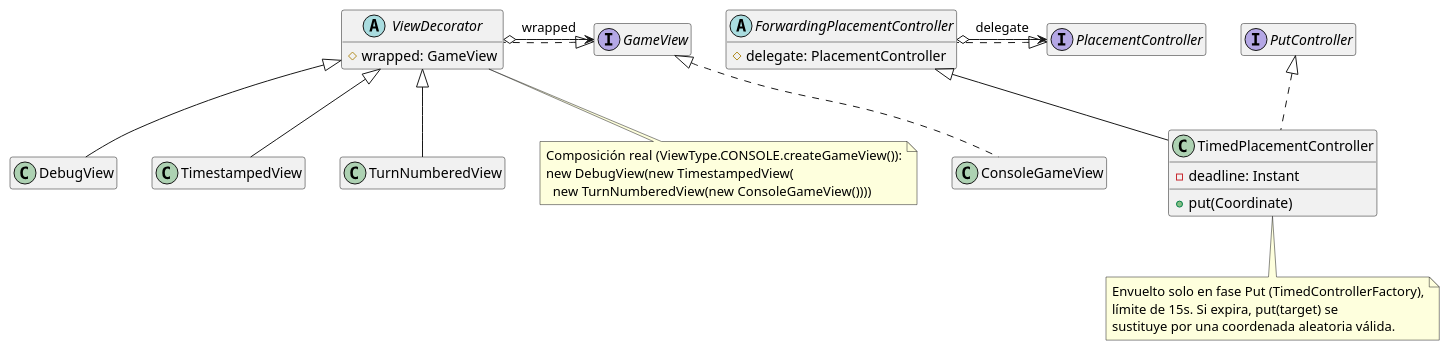
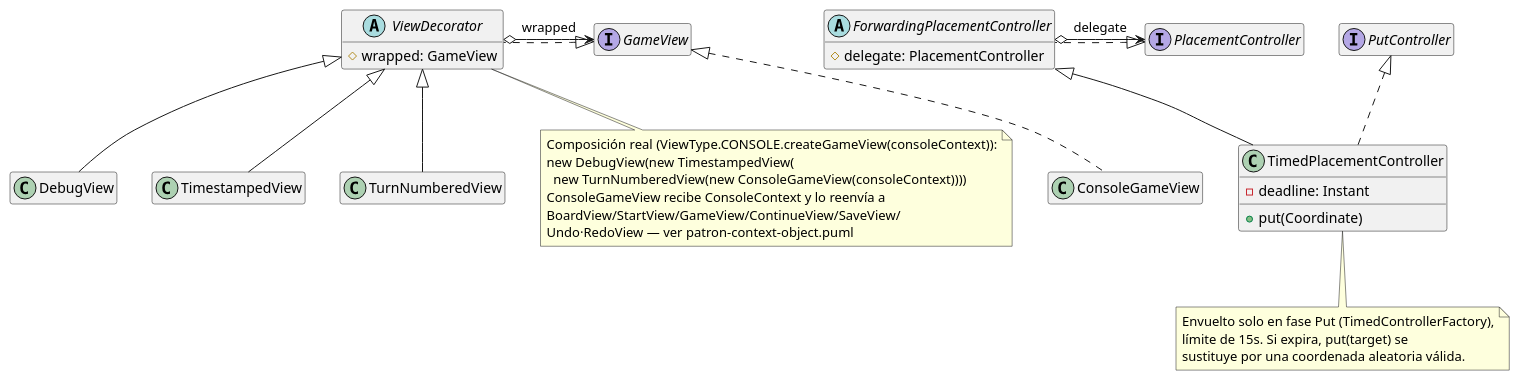
Before and after one commit to pcarroza/tictactoe-java: the diagram in docs/4+1views/logica/patrones/patron-decorator.puml, drawn with PlantUML. The commit also changed 16 other files, not shown here.

```diff
--- a/docs/4+1views/logica/patrones/patron-decorator.puml
+++ b/docs/4+1views/logica/patrones/patron-decorator.puml
@@ -1,46 +1,49 @@
 @startuml patron-decorator
 hide empty members
 
 interface GameView
 abstract class ViewDecorator {
   #wrapped: GameView
 }
 class DebugView
 class TimestampedView
 class TurnNumberedView
 class ConsoleGameView
 
 GameView <|.. ViewDecorator
 ViewDecorator <|-- DebugView
 ViewDecorator <|-- TimestampedView
 ViewDecorator <|-- TurnNumberedView
 GameView <|.. ConsoleGameView
 ViewDecorator o-> GameView : wrapped
 
 note bottom of ViewDecorator
-  Composición real (ViewType.CONSOLE.createGameView()):
+  Composición real (ViewType.CONSOLE.createGameView(consoleContext)):
   new DebugView(new TimestampedView(
-    new TurnNumberedView(new ConsoleGameView())))
+    new TurnNumberedView(new ConsoleGameView(consoleContext))))
+  ConsoleGameView recibe ConsoleContext y lo reenvía a
+  BoardView/StartView/GameView/ContinueView/SaveView/
+  Undo·RedoView — ver patron-context-object.puml
 end note
 
 interface PlacementController
 abstract class ForwardingPlacementController {
   #delegate: PlacementController
 }
 interface PutController
 class TimedPlacementController {
   -deadline: Instant
   +put(Coordinate)
 }
 
 PlacementController <|.. ForwardingPlacementController
 ForwardingPlacementController <|-- TimedPlacementController
 PutController <|.. TimedPlacementController
 ForwardingPlacementController o-> PlacementController : delegate
 
 note bottom of TimedPlacementController
   Envuelto solo en fase Put (TimedControllerFactory),
   límite de 15s. Si expira, put(target) se
   sustituye por una coordenada aleatoria válida.
 end note
 @enduml
```
